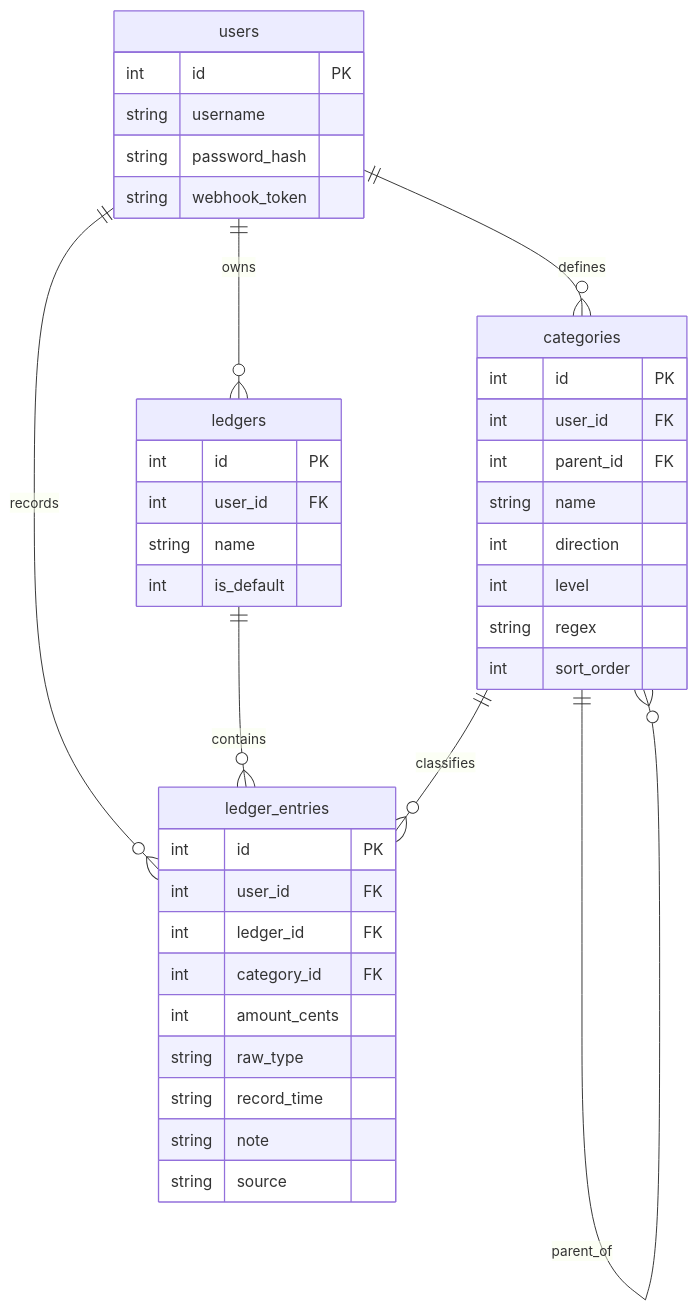
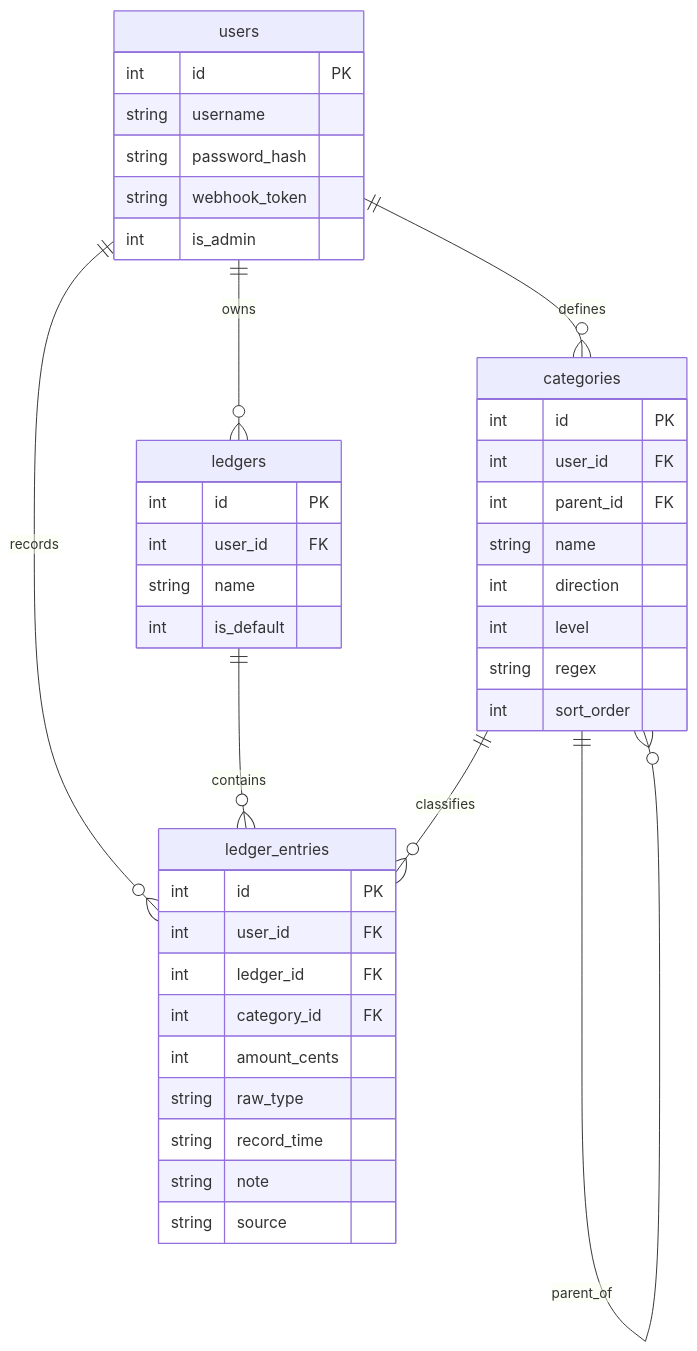
One commit to mutouyun/almanac changed the diagram in docs/ledger_data_model.md. Above: the diagram before and after it, drawn with Mermaid. The commit also changed other lines of this file and 1 other file, not shown here.

Commit message:
docs(ledger): design account management (is_admin + user CRUD API)

````diff
--- a/docs/ledger_data_model.md
+++ b/docs/ledger_data_model.md
@@ -21,43 +21,44 @@
 ```mermaid
 erDiagram
     users ||--o{ ledgers : owns
     users ||--o{ categories : defines
     users ||--o{ ledger_entries : records
     ledgers ||--o{ ledger_entries : contains
     categories ||--o{ categories : parent_of
     categories ||--o{ ledger_entries : classifies
 
     users {
         int id PK
         string username
         string password_hash
         string webhook_token
+        int is_admin
     }
     ledgers {
         int id PK
         int user_id FK
         string name
         int is_default
     }
     categories {
         int id PK
         int user_id FK
         int parent_id FK
         string name
         int direction
         int level
         string regex
         int sort_order
     }
     ledger_entries {
         int id PK
         int user_id FK
         int ledger_id FK
         int category_id FK
         int amount_cents
         string raw_type
         string record_time
         string note
         string source
     }
 ```
````
